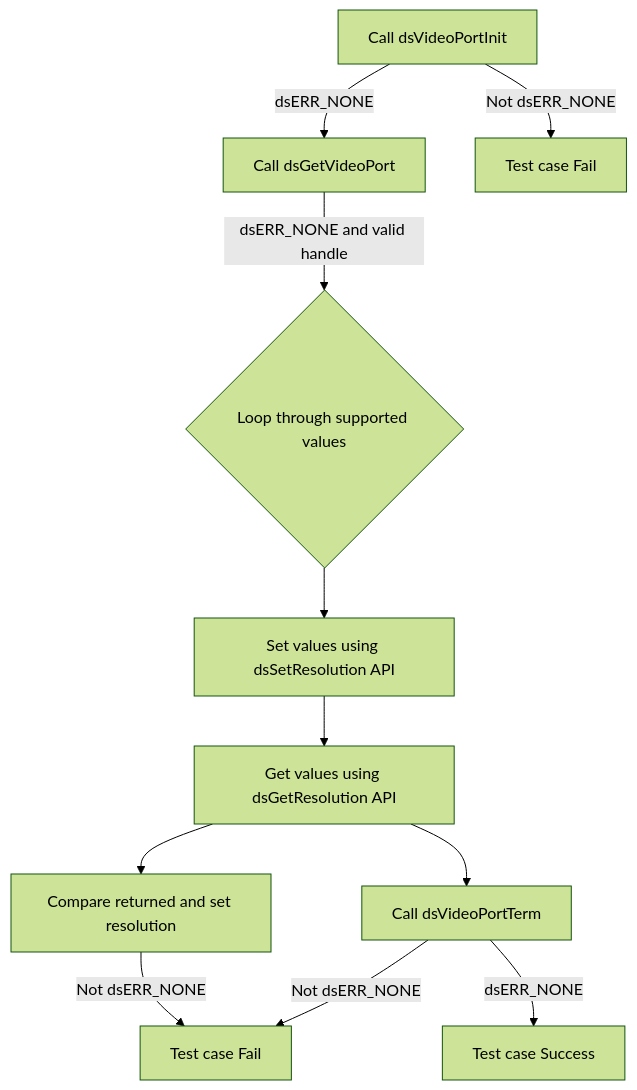
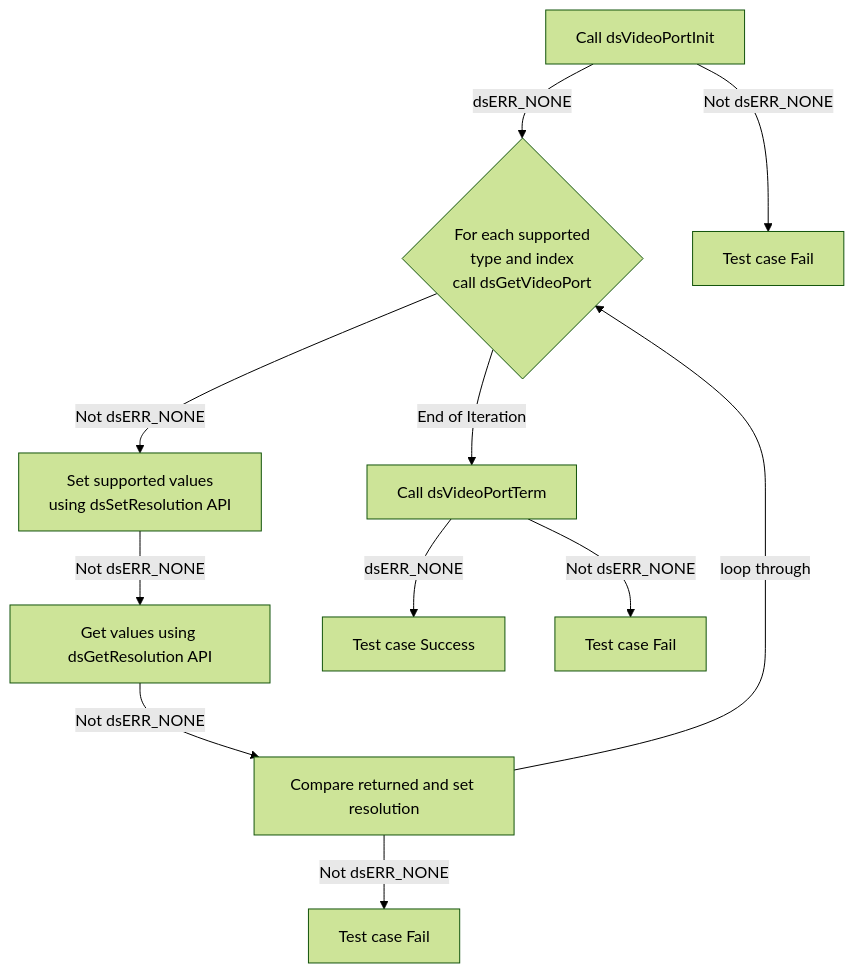
The fourth of 15 diagrams in docs/pages/ds-video-port_L2_Low-Level_TestSpecification.md (rdkcentral/rdk-halif-test-device_settings), drawn with Mermaid (forest theme) before and after one commit. The commit also changed other lines of this file and 13 other files, not shown here.

Commit message:
gh #14 Update test case and configuration

````diff
--- a/docs/pages/ds-video-port_L2_Low-Level_TestSpecification.md
+++ b/docs/pages/ds-video-port_L2_Low-Level_TestSpecification.md
@@ -203,13 +201,13 @@
 ```mermaid
 graph TB
-    A[Call dsVideoPortInit] -->|dsERR_NONE|B[Call dsGetVideoPort]
+    A[Call dsVideoPortInit] -->|dsERR_NONE|B{For each supported<br> type and index <br> call dsGetVideoPort}
     A -->|Not dsERR_NONE|A1[Test case Fail]
-    B -->|dsERR_NONE and valid handle|C{Loop through supported values}
-    C --> E[Set values using dsSetResolution API]
-    E --> F[Get values using dsGetResolution API]
-    F --> G[Compare returned and set resolution]
+    B -->|Not dsERR_NONE|E[Set supported values<br> using dsSetResolution API]
+    E -->|Not dsERR_NONE| F[Get values using dsGetResolution API]
+    F -->|Not dsERR_NONE|G[Compare returned and set resolution]
+    G -->|loop through | B
     G -->|Not dsERR_NONE|I1[Test case Fail]
-    F --> I[Call dsVideoPortTerm]
+    B -->|End of Iteration| I[Call dsVideoPortTerm]
     I -->|dsERR_NONE|J[Test case Success]
-    I -->|Not dsERR_NONE|I1[Test case Fail]
+    I -->|Not dsERR_NONE|I2[Test case Fail]
 ```
````
